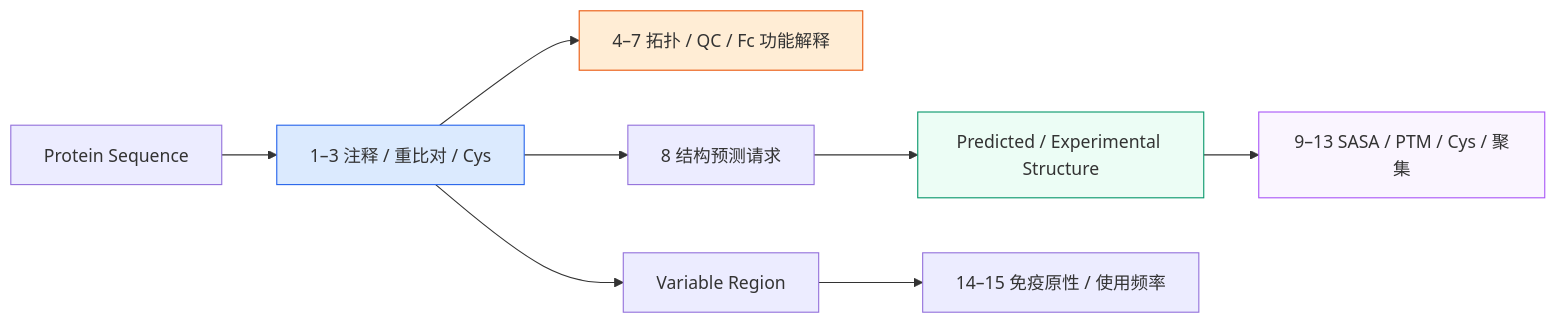
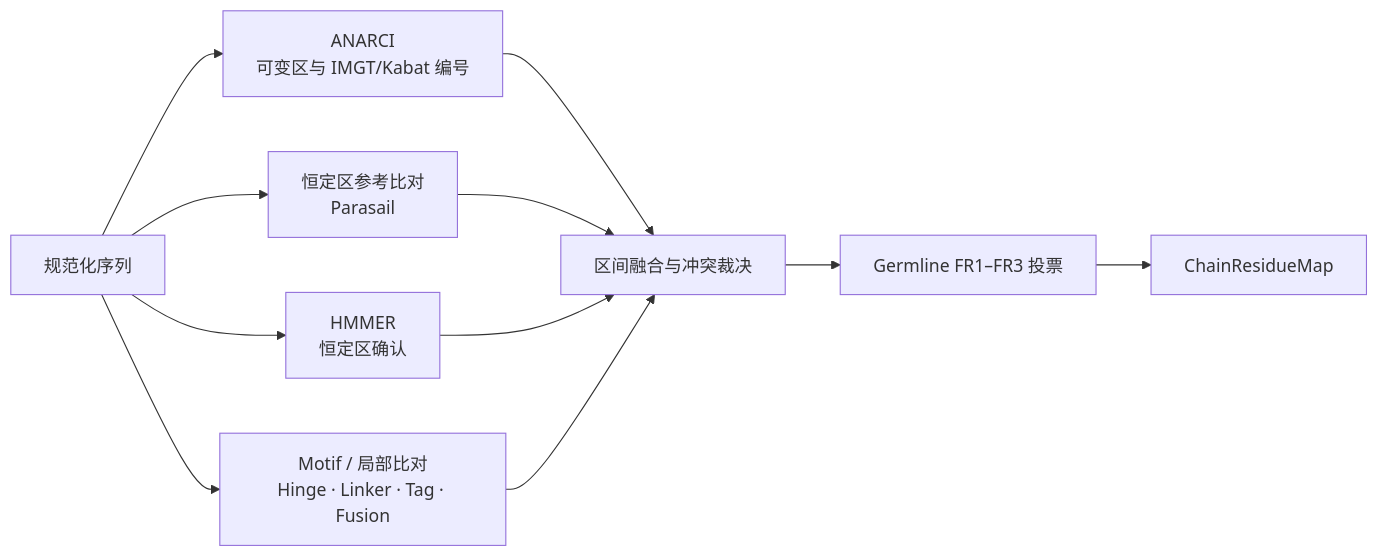
Before and after one commit to boyang167/personal-knowledge-wiki: the second of 3 diagrams in raw/3-blog/bioinformatics/Antibody_overall.md, drawn with Mermaid. The commit also changed other lines of this file and 1 other file, not shown here.

Commit message:
docs(blog): update Antibody_overall.md with HelixIQ algorithm overview and enhanced structure

````diff
--- a/raw/3-blog/bioinformatics/Antibody_overall.md
+++ b/raw/3-blog/bioinformatics/Antibody_overall.md
@@ -214,15 +113,13 @@
 ```mermaid
 flowchart LR
-  S["Protein Sequence"] --> A["1–3 注释 / 重比对 / Cys"]
-  A --> B["4–7 拓扑 / QC / Fc 功能解释"]
-  A --> R["8 结构预测请求"]
-  R --> X["Predicted / Experimental Structure"]
-  X --> C["9–13 SASA / PTM / Cys / 聚集"]
-  A --> V["Variable Region"]
-  V --> D["14–15 免疫原性 / 使用频率"]
-
-  style A fill:#dbeafe,stroke:#2563eb
-  style B fill:#ffedd5,stroke:#ea580c
-  style X fill:#ecfdf5,stroke:#059669
-  style C fill:#faf5ff,stroke:#a855f7
+  S["规范化序列"] --> A["ANARCI<br/>可变区与 IMGT/Kabat 编号"]
+  S --> C["恒定区参考比对<br/>Parasail"]
+  S --> H["HMMER<br/>恒定区确认"]
+  S --> M["Motif / 局部比对<br/>Hinge · Linker · Tag · Fusion"]
+  A --> F["区间融合与冲突裁决"]
+  C --> F
+  H --> F
+  M --> F
+  F --> G["Germline FR1–FR3 投票"]
+  G --> R["ChainResidueMap"]
 ```
````
